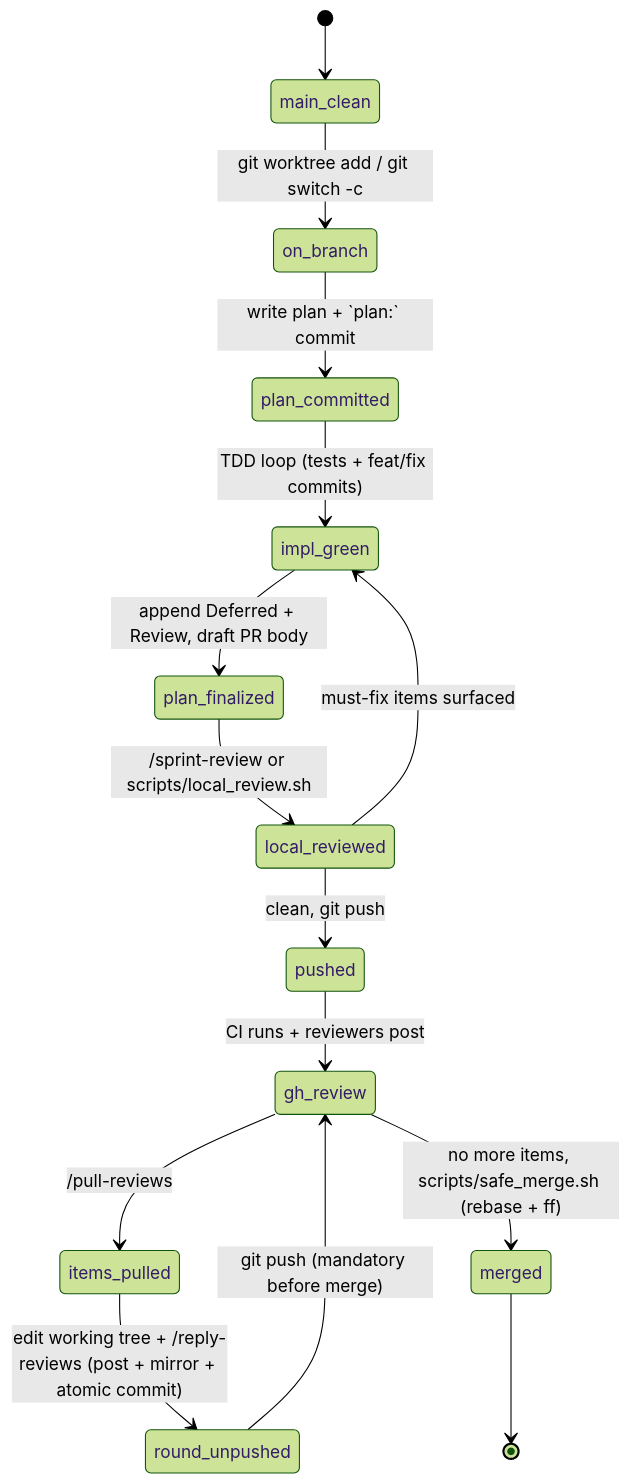
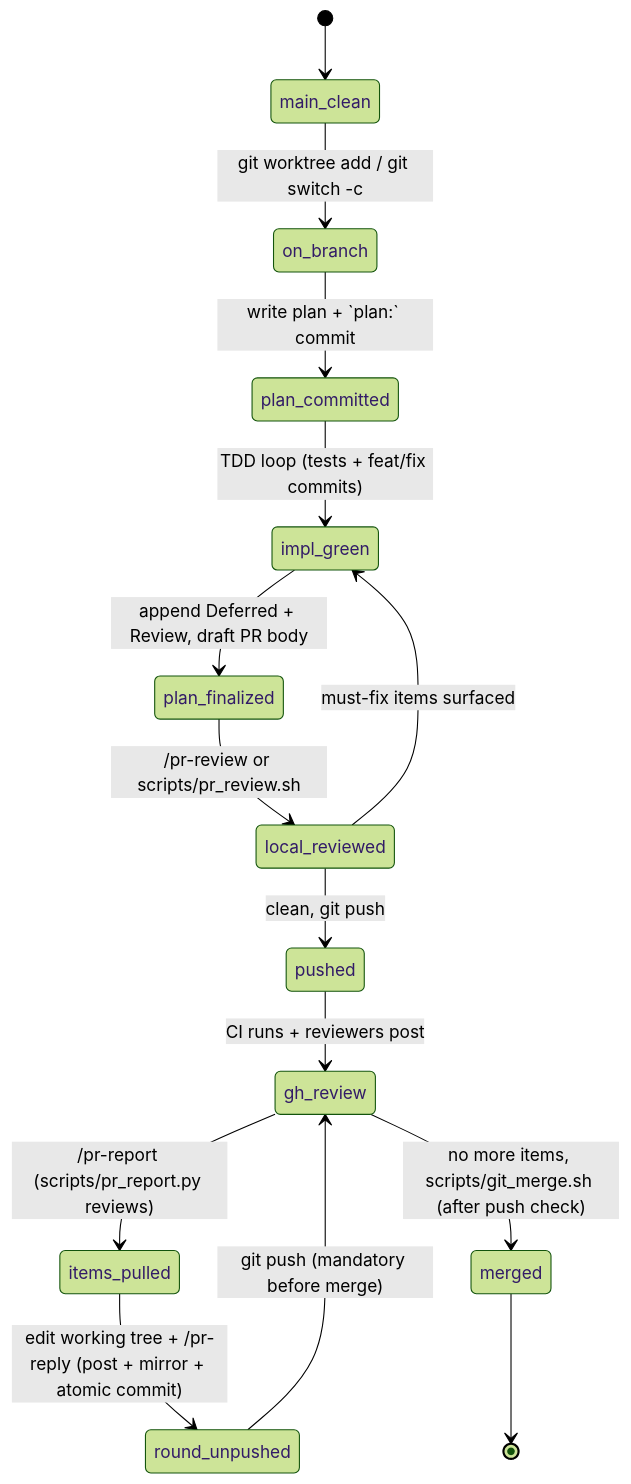
Before and after one commit to cmk/agogo: the first of 2 diagrams in doc/workflow.md, drawn with Mermaid (forest theme). The commit also changed other lines of this file and 32 other files, not shown here.

````diff
--- a/doc/workflow.md
+++ b/doc/workflow.md
@@ -18,17 +18,17 @@
 ```mermaid
 stateDiagram-v2
     [*] --> main_clean
     main_clean --> on_branch: git worktree add / git switch -c
     on_branch --> plan_committed: write plan + `plan:` commit
     plan_committed --> impl_green: TDD loop (tests + feat/fix commits)
     impl_green --> plan_finalized: append Deferred + Review, draft PR body
-    plan_finalized --> local_reviewed: /sprint-review or scripts/local_review.sh
+    plan_finalized --> local_reviewed: /pr-review or scripts/pr_review.sh
     local_reviewed --> impl_green: must-fix items surfaced
     local_reviewed --> pushed: clean, git push
     pushed --> gh_review: CI runs + reviewers post
-    gh_review --> items_pulled: /pull-reviews
-    items_pulled --> round_unpushed: edit working tree + /reply-reviews (post + mirror + atomic commit)
+    gh_review --> items_pulled: /pr-report (scripts/pr_report.py reviews)
+    items_pulled --> round_unpushed: edit working tree + /pr-reply (post + mirror + atomic commit)
     round_unpushed --> gh_review: git push (mandatory before merge)
-    gh_review --> merged: no more items, scripts/safe_merge.sh (rebase + ff)
+    gh_review --> merged: no more items, scripts/git_merge.sh (after push check)
     merged --> [*]
 ```
````
